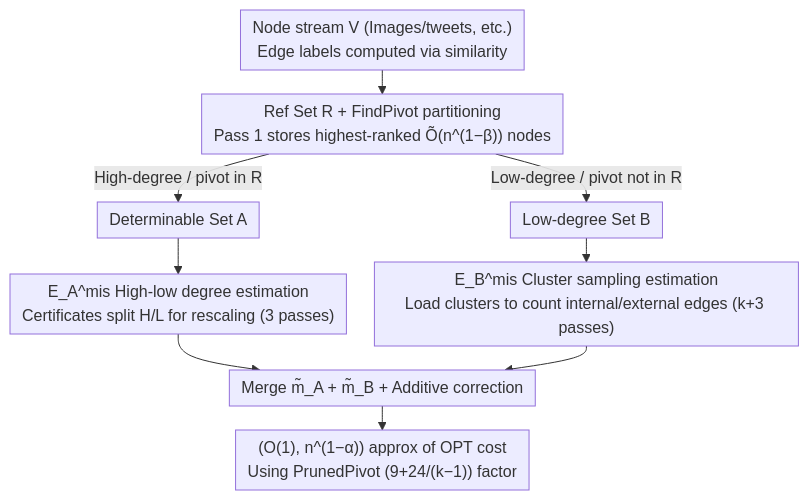
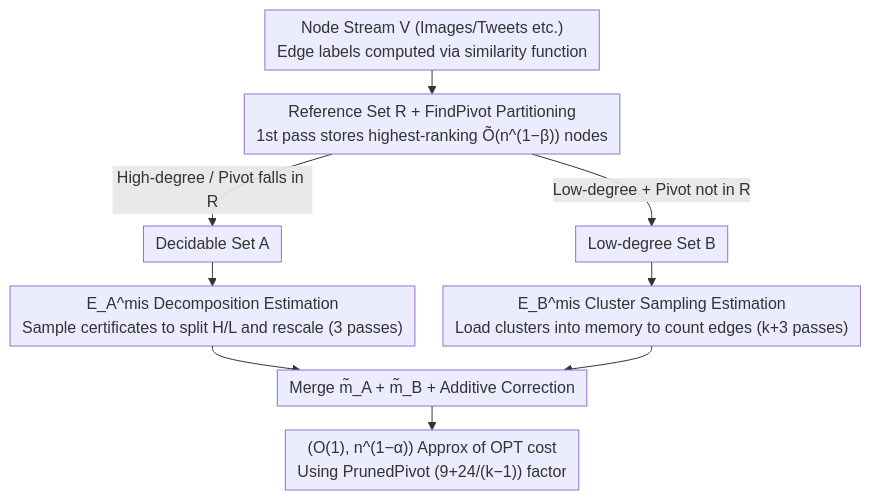
Before and after one commit to zhaoyang97/Paper-Notes-en: the diagram in docs/ICML2026/learning_theory/estimating_correlation_clustering_cost_in_node-arrival_stream.md, drawn with Mermaid. The commit also changed other lines of this file and 5084 other files, not shown here.

````diff
--- a/docs/ICML2026/learning_theory/estimating_correlation_clustering_cost_in_node-arrival_stream.md
+++ b/docs/ICML2026/learning_theory/estimating_correlation_clustering_cost_in_node-arrival_stream.md
@@ -48,12 +48,12 @@
 ```mermaid
 %%{init: {'flowchart': {'rankSpacing': 24, 'nodeSpacing': 28, 'padding': 6, 'wrappingWidth': 400}}}%%
 flowchart TD
-    A["Node stream V (Images/tweets, etc.)<br/>Edge labels computed via similarity"] --> B["Ref Set R + FindPivot partitioning<br/>Pass 1 stores highest-ranked Õ(n^(1−β)) nodes"]
-    B -->|High-degree / pivot in R| C["Determinable Set A"]
-    B -->|Low-degree / pivot not in R| D["Low-degree Set B"]
-    C --> E["E_A^mis High-low degree estimation<br/>Certificates split H/L for rescaling (3 passes)"]
-    D --> F["E_B^mis Cluster sampling estimation<br/>Load clusters to count internal/external edges (k+3 passes)"]
-    E --> G["Merge m̃_A + m̃_B + Additive correction"]
+    A["Node Stream V (Images/Tweets etc.)<br/>Edge labels computed via similarity function"] --> B["Reference Set R + FindPivot Partitioning<br/>1st pass stores highest-ranking Õ(n^(1−β)) nodes"]
+    B -->|High-degree / Pivot falls in R| C["Decidable Set A"]
+    B -->|Low-degree + Pivot not in R| D["Low-degree Set B"]
+    C --> E["E_A^mis Decomposition Estimation<br/>Sample certificates to split H/L and rescale (3 passes)"]
+    D --> F["E_B^mis Cluster Sampling Estimation<br/>Load clusters into memory to count edges (k+3 passes)"]
+    E --> G["Merge m̃_A + m̃_B + Additive Correction"]
     F --> G
-    G --> H["(O(1), n^(1−α)) approx of OPT cost<br/>Using PrunedPivot (9+24/(k−1)) factor"]
+    G --> H["(O(1), n^(1−α)) Approx of OPT cost<br/>Using PrunedPivot (9+24/(k−1)) factor"]
 ```
````
